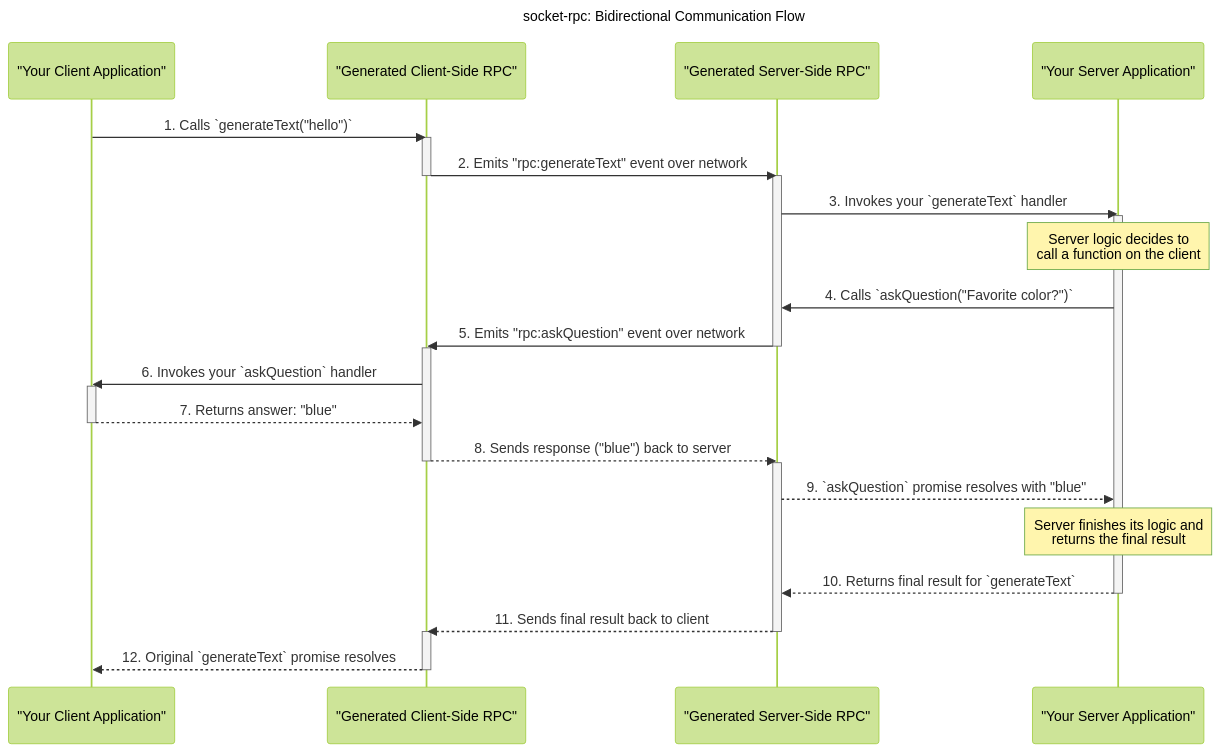
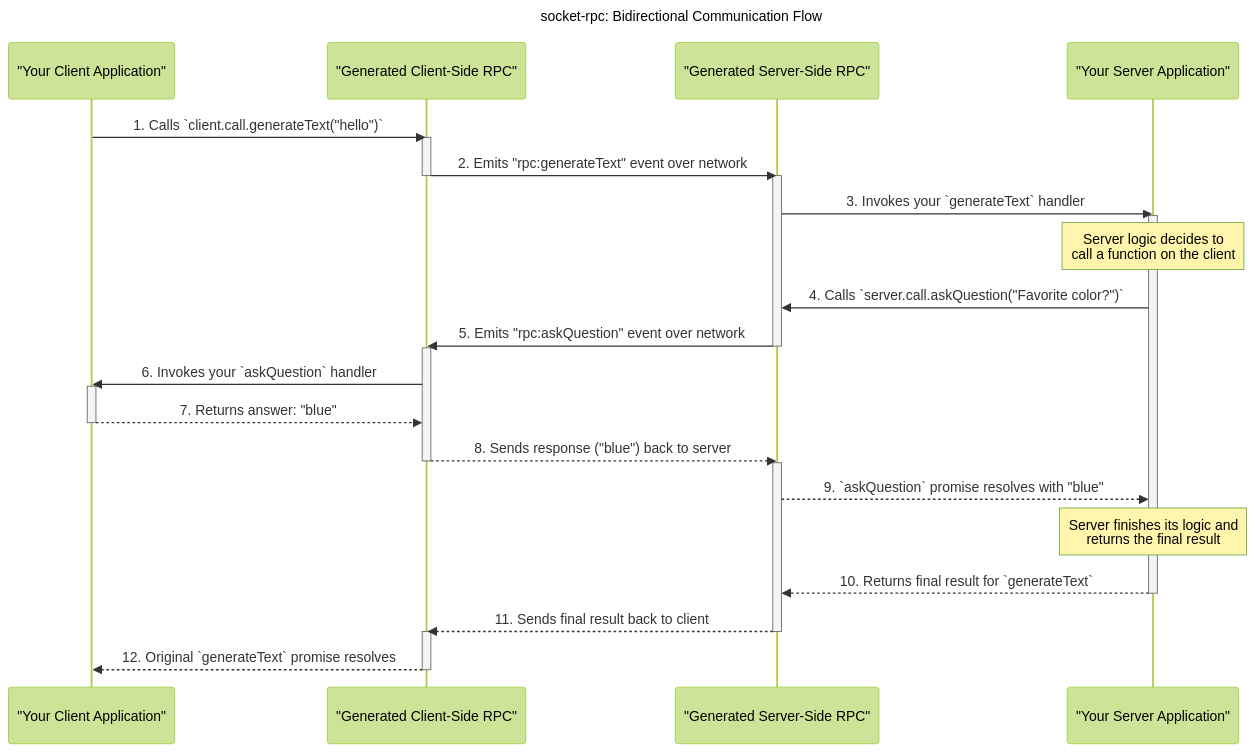
Before and after one commit to nguyenvanduocit/socketrpc-gen: the diagram in README.md, drawn with Mermaid (forest theme). The commit also changed other lines of this file and 10 other files, not shown here.

````diff
--- a/README.md
+++ b/README.md
@@ -88,47 +89,47 @@
 ```mermaid
 sequenceDiagram
     participant ClientApp as "Your Client Application"
     participant GenClient as "Generated Client-Side RPC"
     participant GenServer as "Generated Server-Side RPC"
     participant ServerApp as "Your Server Application"
 
     title socket-rpc: Bidirectional Communication Flow
 
-    ClientApp->>GenClient: 1. Calls `generateText("hello")`
+    ClientApp->>GenClient: 1. Calls `client.call.generateText("hello")`
     activate GenClient
     GenClient->>GenServer: 2. Emits "rpc:generateText" event over network
     deactivate GenClient
-    
+
     activate GenServer
     GenServer->>ServerApp: 3. Invokes your `generateText` handler
     activate ServerApp
 
     Note over ServerApp: Server logic decides to<br/>call a function on the client
-    
-    ServerApp->>GenServer: 4. Calls `askQuestion("Favorite color?")`
+
+    ServerApp->>GenServer: 4. Calls `server.call.askQuestion("Favorite color?")`
     GenServer->>GenClient: 5. Emits "rpc:askQuestion" event over network
     deactivate GenServer
 
     activate GenClient
     GenClient->>ClientApp: 6. Invokes your `askQuestion` handler
     activate ClientApp
     ClientApp-->>GenClient: 7. Returns answer: "blue"
     deactivate ClientApp
-    
+
     GenClient-->>GenServer: 8. Sends response ("blue") back to server
     deactivate GenClient
 
     activate GenServer
     GenServer-->>ServerApp: 9. `askQuestion` promise resolves with "blue"
-    
+
     Note over ServerApp: Server finishes its logic and<br/>returns the final result
-    
+
     ServerApp-->>GenServer: 10. Returns final result for `generateText`
     deactivate ServerApp
     GenServer-->>GenClient: 11. Sends final result back to client
     deactivate GenServer
 
     activate GenClient
     GenClient-->>ClientApp: 12. Original `generateText` promise resolves
     deactivate GenClient
 ```
````
